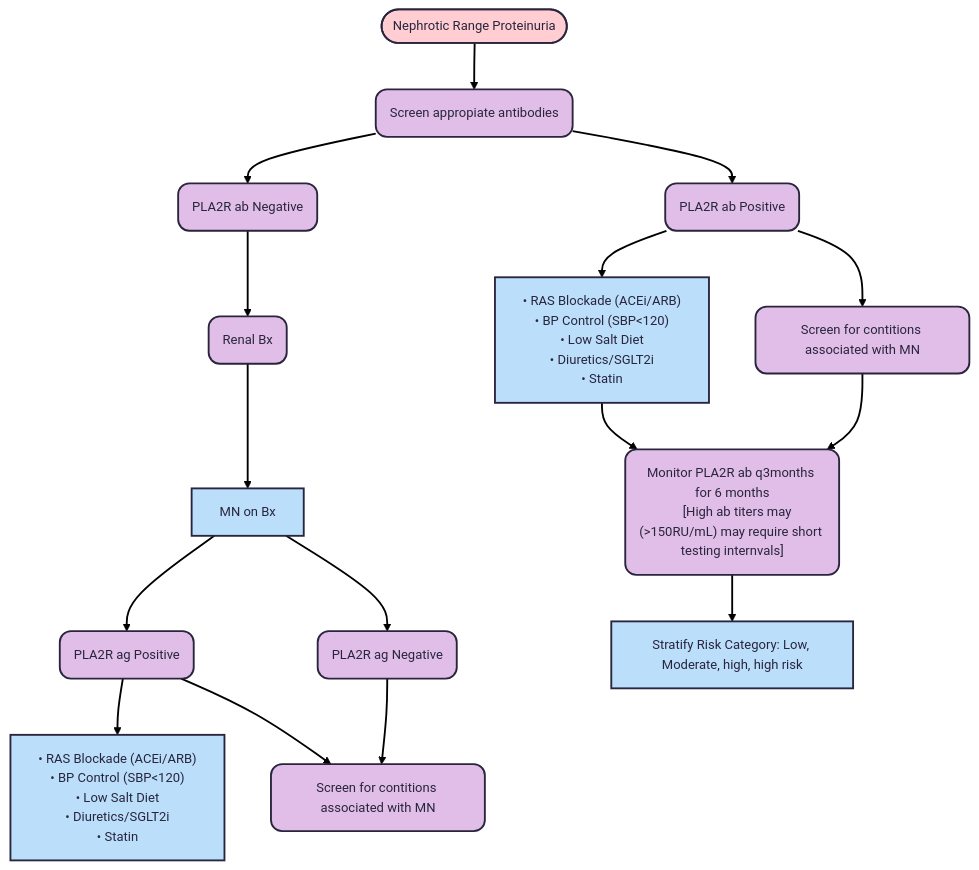
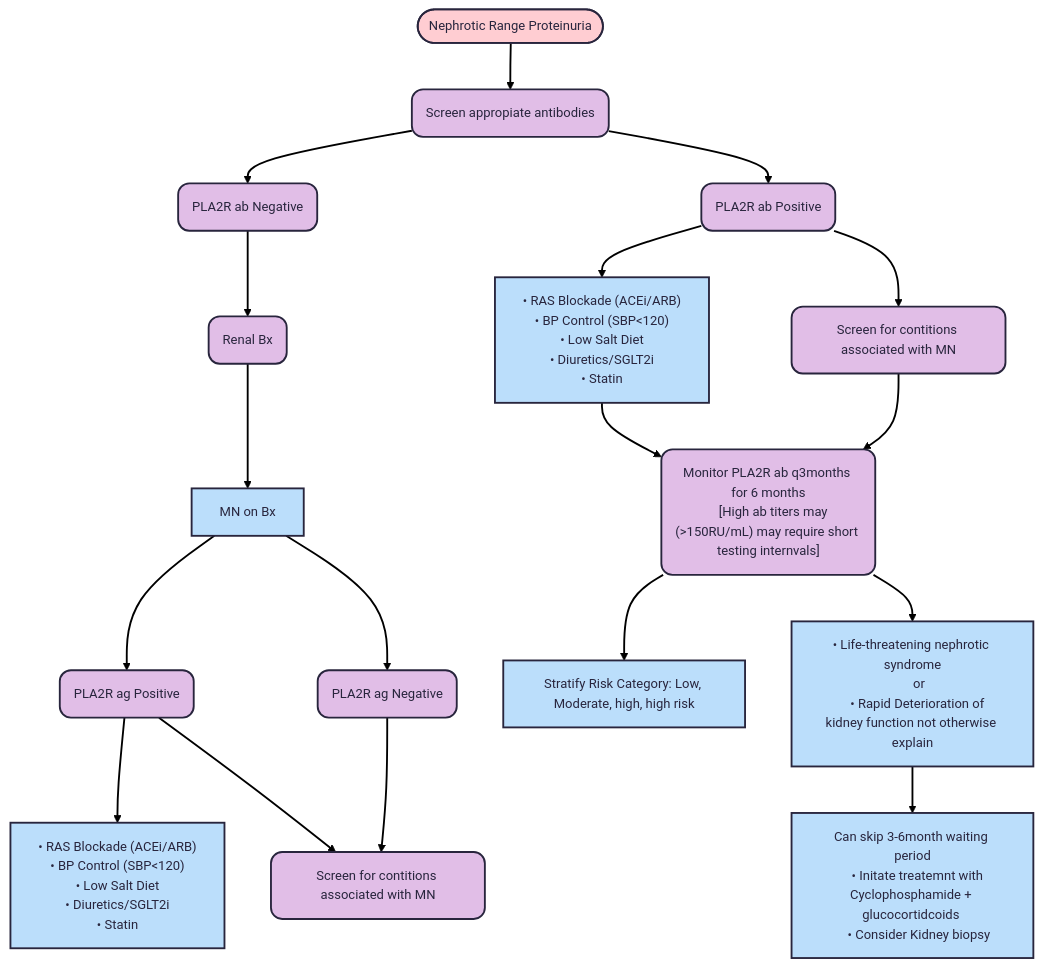
One commit to TTUNEPH2025/GN changed the first of 2 diagrams in docs/Membranous.md. Above: the diagram before and after it, drawn with Mermaid.

````diff
--- a/docs/Membranous.md
+++ b/docs/Membranous.md
@@ -97,50 +97,57 @@
 ```mermaid
 ---
 config:
   theme: redux
 ---
 flowchart TD
     A(["Nephrotic Range Proteinuria"]) --> B["Screen appropiate antibodies"]
     B --> C["PLA2R ab Negative"] & D["PLA2R ab Positive"]
     C --> n1["Renal Bx"]
     n1 --> n2["MN on Bx"]
     n2 --> n3["PLA2R ag Positive"] & n4["PLA2R ag Negative"]
     n4 --> n5["Screen for contitions associated with MN"]
     n3 --> n6["• RAS Blockade (ACEi/ARB)
     • BP Control (SBP&lt;120)
     • Low Salt Diet
     • Diuretics/SGLT2i
     • Statin"] & n5
     D --> n7["• RAS Blockade (ACEi/ARB)
     • BP Control (SBP&lt;120)
     • Low Salt Diet
     • Diuretics/SGLT2i
     • Statin"] & n8["Screen for contitions associated with MN"]
     n7 --> n9["Monitor PLA2R ab q3months for 6 months
     [High ab titers may (>150RU/mL) may require short testing internvals]"]
     n8 --> n9
-    n9 --> n10["Stratify Risk Category: Low, Moderate, high, high risk"]
+    n9 --> n10["Stratify Risk Category: Low, Moderate, high, high risk"] & n11["• Life-threatening nephrotic syndrome
+    or
+    • Rapid Deterioration of kidney function not otherwise explain"]
+    n11 --> n12["Can skip 3-6month waiting period
+    • Initate treatemnt with Cyclophosphamide + glucocortidcoids 
+    • Consider Kidney biopsy"]
     B@{ shape: rounded}
     C@{ shape: rounded}
     D@{ shape: rounded}
     n1@{ shape: rounded}
     n3@{ shape: rounded}
     n4@{ shape: rounded}
     n5@{ shape: rounded}
     n8@{ shape: rounded}
     n9@{ shape: rounded}
     style A fill:#FFCDD2
     style B fill:#E1BEE7
     style C fill:#E1BEE7
     style D fill:#E1BEE7
     style n1 fill:#E1BEE7
     style n2 fill:#BBDEFB
     style n3 fill:#E1BEE7
     style n4 fill:#E1BEE7
     style n5 fill:#E1BEE7
     style n6 fill:#BBDEFB
     style n7 fill:#BBDEFB
     style n8 fill:#E1BEE7
     style n9 fill:#E1BEE7
     style n10 fill:#BBDEFB
+    style n11 fill:#BBDEFB
+    style n12 fill:#BBDEFB
 ```
````
